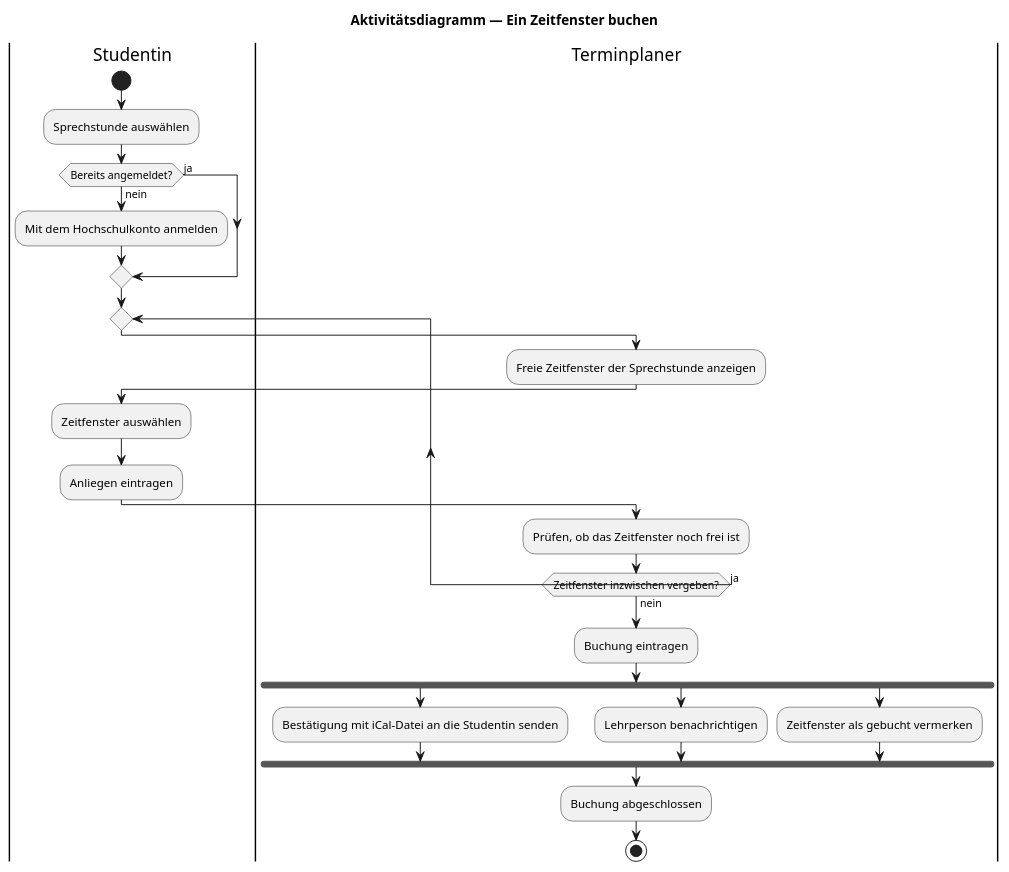
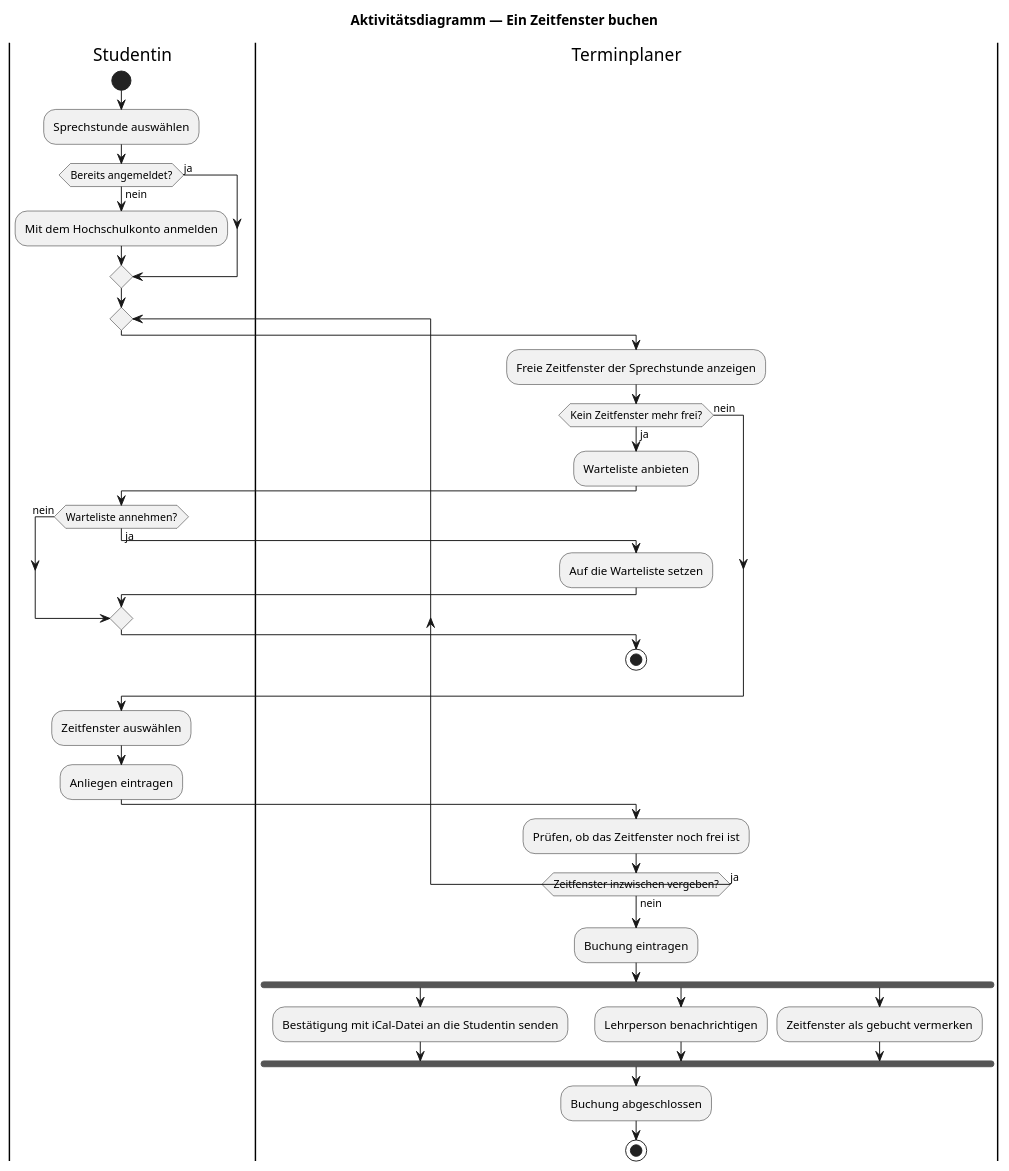
The diagram in ue06/pauldamm4-arch/aktivitaet.puml (carstenlucke/thm_wk-1208_softwaretechnik-uebungen), drawn with PlantUML before and after one commit. The commit also changed 1 other file, not shown here.

Commit message:
Warteliste im Aktivitätsdiagramm für pauldamm4-arch ergänzen

```diff
--- a/ue06/pauldamm4-arch/aktivitaet.puml
+++ b/ue06/pauldamm4-arch/aktivitaet.puml
@@ -1,36 +1,47 @@
 @startuml aktivitaet-zeitfenster-buchen
 ' Aufgabe 2 — Aktivitätsdiagramm des Terminplaners
 ' Grundlage: ue06/fall.md, Beschreibung 2 — Ein Zeitfenster buchen
 
 title Aktivitätsdiagramm — Ein Zeitfenster buchen
 
 |Studentin|
 start
 :Sprechstunde auswählen;
 if (Bereits angemeldet?) then (nein)
   :Mit dem Hochschulkonto anmelden;
 else (ja)
 endif
 
 repeat
   |Terminplaner|
   :Freie Zeitfenster der Sprechstunde anzeigen;
+  if (Kein Zeitfenster mehr frei?) then (ja)
+    :Warteliste anbieten;
+    |Studentin|
+    if (Warteliste annehmen?) then (ja)
+      |Terminplaner|
+      :Auf die Warteliste setzen;
+    else (nein)
+    endif
+    stop
+  else (nein)
+  endif
   |Studentin|
   :Zeitfenster auswählen;
   :Anliegen eintragen;
   |Terminplaner|
   :Prüfen, ob das Zeitfenster noch frei ist;
 repeat while (Zeitfenster inzwischen vergeben?) is (ja) not (nein)
 
 :Buchung eintragen;
 fork
   :Bestätigung mit iCal-Datei an die Studentin senden;
 fork again
   :Lehrperson benachrichtigen;
 fork again
   :Zeitfenster als gebucht vermerken;
 end fork
 :Buchung abgeschlossen;
 stop
 
 @enduml
```
